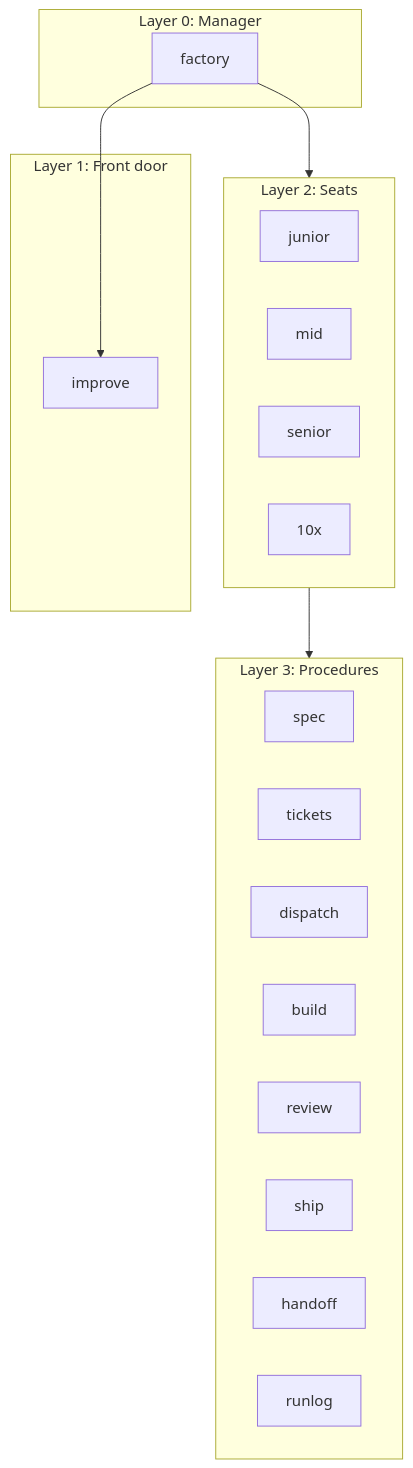
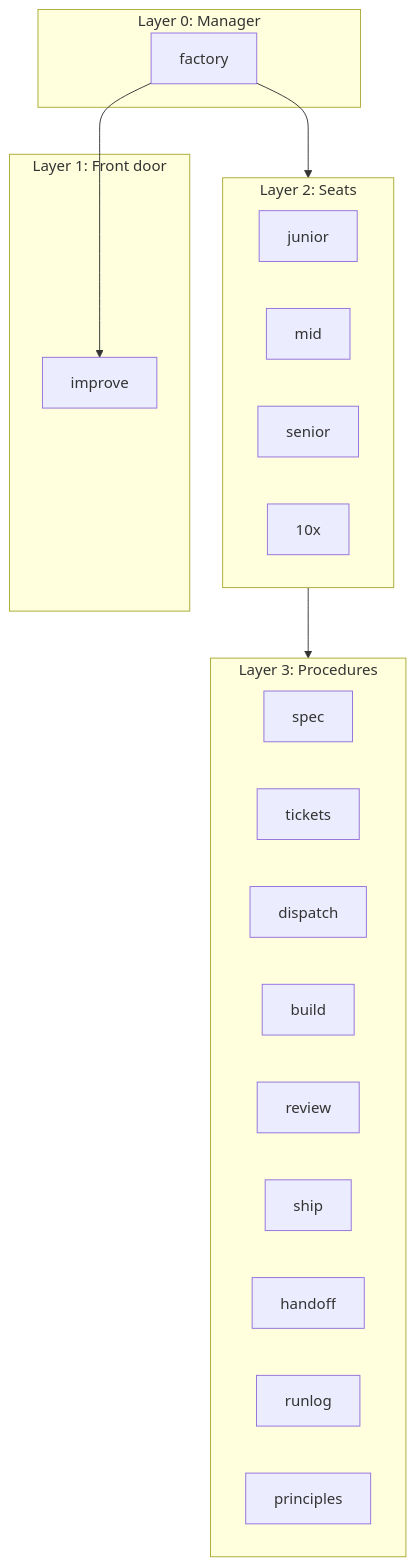
One commit to rishi23root/agent-skills changed the first of 3 diagrams in docs/architecture.md. Above: the diagram before and after it, drawn with Mermaid. The commit also changed other lines of this file and 44 other files, not shown here.

````diff
--- a/docs/architecture.md
+++ b/docs/architecture.md
@@ -13,28 +13,29 @@
 ```mermaid
 flowchart TD
   subgraph L0["Layer 0: Manager"]
     F[factory]
   end
   subgraph L1["Layer 1: Front door"]
     I[improve]
   end
   subgraph L2["Layer 2: Seats"]
     J[junior]
     M[mid]
     S[senior]
     X[10x]
   end
   subgraph L3["Layer 3: Procedures"]
     SP[spec]
     TK[tickets]
     D[dispatch]
     B[build]
     R[review]
     SH[ship]
     H[handoff]
     RL[runlog]
+    PR[principles]
   end
   F --> I
   F --> L2
   L2 --> L3
 ```
````
